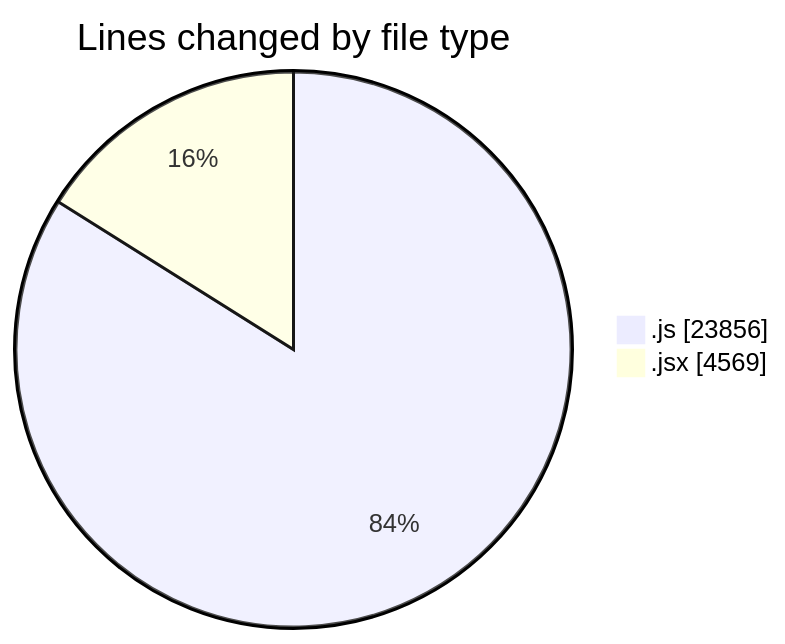
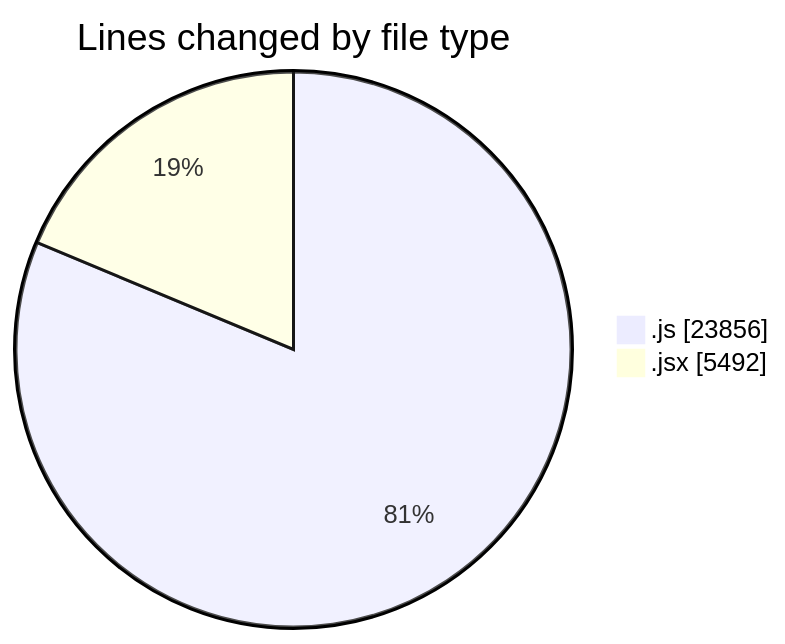
One commit to nxtqubesakshisongat/code-tracking changed the first of 2 diagrams in 2025-10-01/nxtqube_webapp/README.md. Above: the diagram before and after it, drawn with Mermaid. The commit also changed other lines of this file and 1 other file, not shown here.

````diff
--- a/2025-10-01/nxtqube_webapp/README.md
+++ b/2025-10-01/nxtqube_webapp/README.md
@@ -25,6 +25,6 @@
 ```mermaid
 pie showData
 title Lines changed by file type
 ".js" : 23856
-".jsx" : 4569
+".jsx" : 5492
 ```
````
